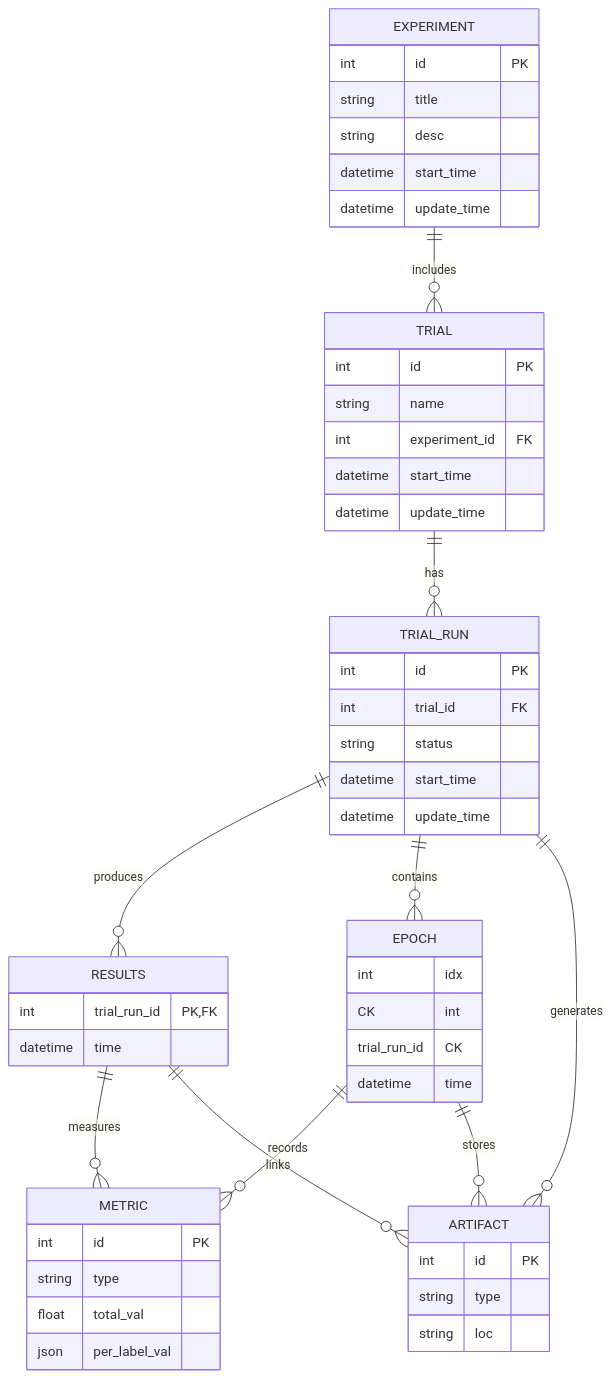
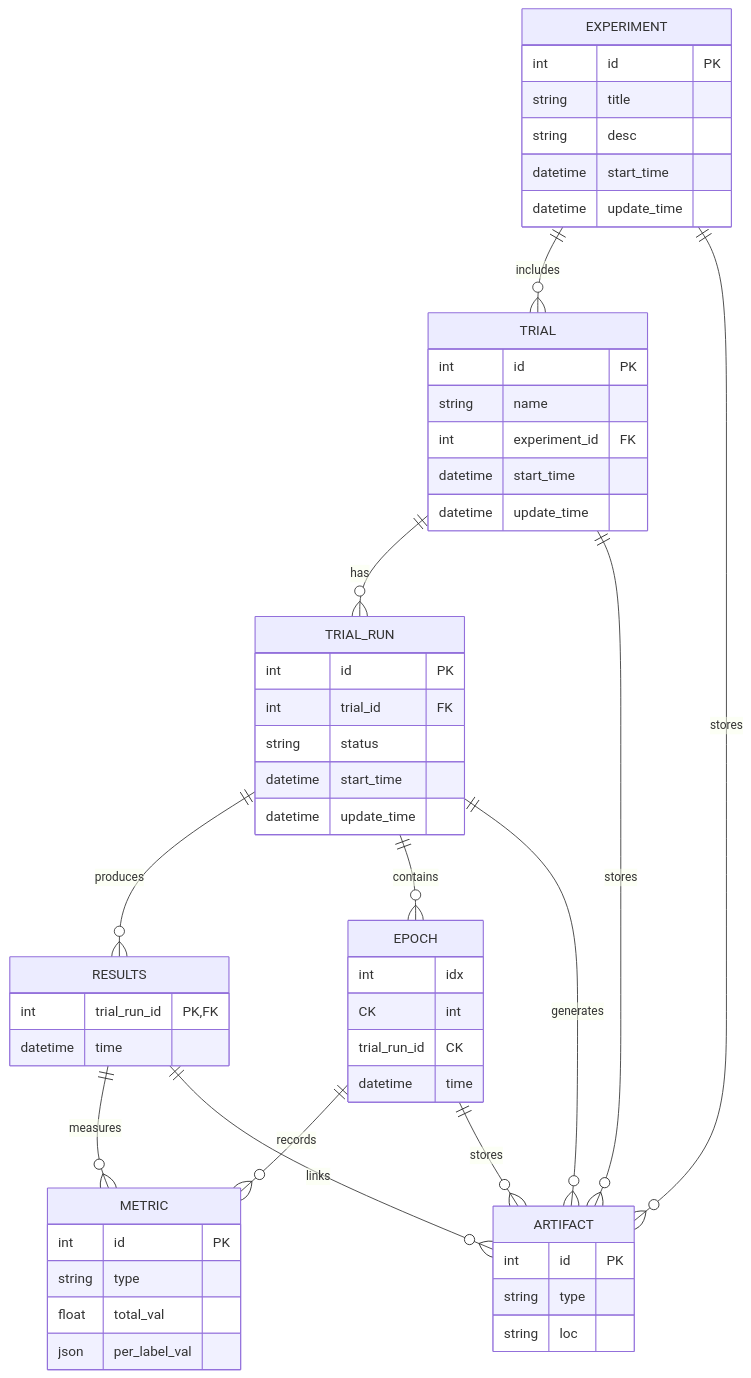
The diagram in experiment/db/docs/diagram.md (roymicha3/LIF), drawn with Mermaid before and after one commit. The commit also changed 6 other files, not shown here.

Commit message:
now experiment and trial can hold artifacts

````diff
--- a/experiment/db/docs/diagram.md
+++ b/experiment/db/docs/diagram.md
@@ -1,63 +1,65 @@
 ```mermaid
 
 erDiagram
     EXPERIMENT {
         int id PK
         string title
         string desc
         datetime start_time
         datetime update_time
     }
     
     TRIAL {
         int id PK
         string name
         int experiment_id FK
         datetime start_time
         datetime update_time
     }
     
     TRIAL_RUN {
         int id PK
         int trial_id FK
         string status
         datetime start_time
         datetime update_time
     }
     
     RESULTS {
         int trial_run_id PK, FK
         datetime time
     }
     
     EPOCH {
         int idx CK
         int trial_run_id CK
         datetime time
     }
     
     METRIC {
         int id PK
         string type
         float total_val
         json per_label_val
     }
     
     ARTIFACT {
         int id PK
         string type
         string loc
     }
     
     EXPERIMENT ||--o{ TRIAL : includes
+    EXPERIMENT ||--o{ ARTIFACT : stores
     TRIAL ||--o{ TRIAL_RUN : has
+    TRIAL ||--o{ ARTIFACT : stores
     TRIAL_RUN ||--o{ RESULTS : produces
     TRIAL_RUN ||--o{ EPOCH : contains
     TRIAL_RUN ||--o{ ARTIFACT : generates
     RESULTS ||--o{ METRIC : measures
     RESULTS ||--o{ ARTIFACT : links
     EPOCH ||--o{ METRIC : records
     EPOCH ||--o{ ARTIFACT : stores
 
 
 ```
````
